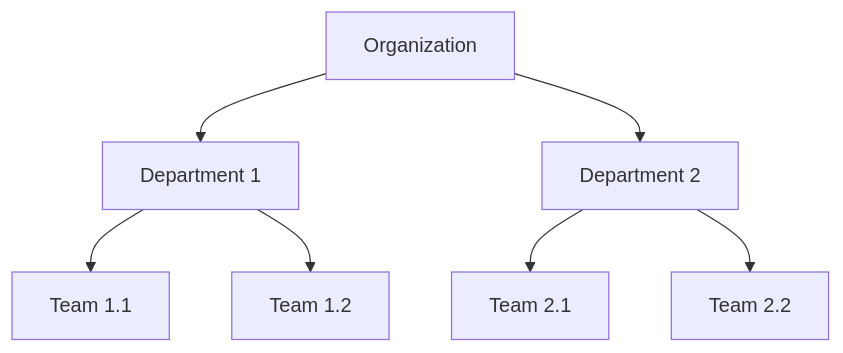
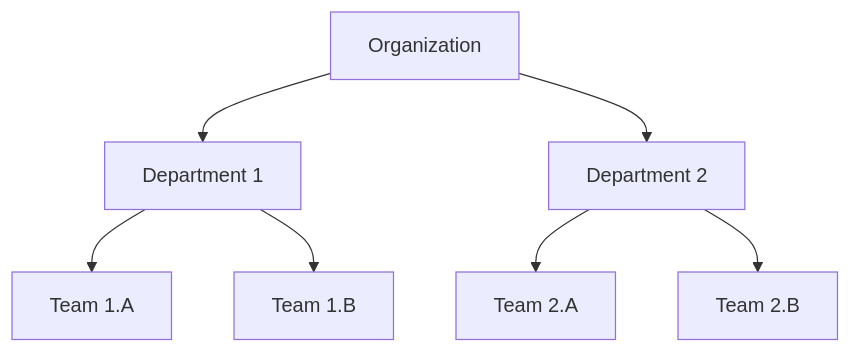
Before and after one commit to artghieri/SQL-Guide: the fifth of 5 diagrams in README.md, drawn with Mermaid. The commit also changed other lines of this file, not shown here.

````diff
--- a/README.md
+++ b/README.md
@@ -329,9 +326,9 @@
 ```mermaid
 graph TD
   A[Organization] --> B[Department 1]
   A --> C[Department 2]
-  B --> D[Team 1.1]
-  B --> E[Team 1.2]
-  C --> F[Team 2.1]
-  C --> G[Team 2.2]
+  B --> D[Team 1.A]
+  B --> E[Team 1.B]
+  C --> F[Team 2.A]
+  C --> G[Team 2.B]
 ```
````
